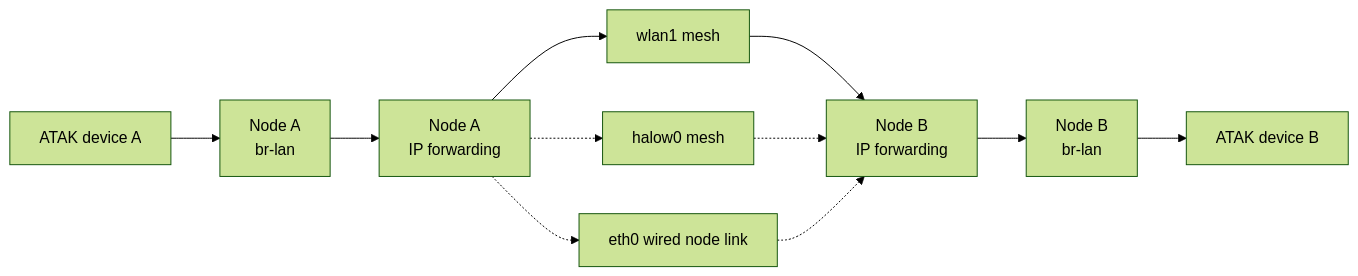
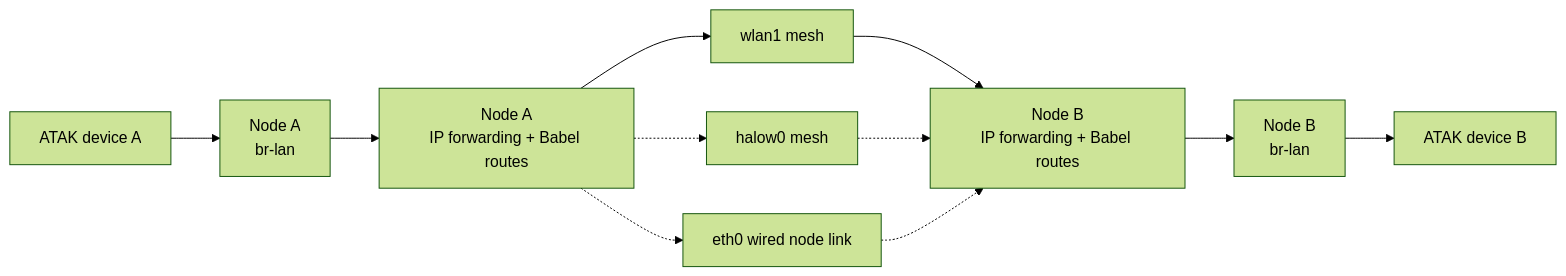
One commit to Natak-Mesh/V3_OS changed the third of 7 diagrams in docs/architecture.md. Above: the diagram before and after it, drawn with Mermaid (forest theme).

Commit message:
docs: clarify Babel in unicast diagram

````diff
--- a/docs/architecture.md
+++ b/docs/architecture.md
@@ -102,13 +102,13 @@
 ```mermaid
 flowchart LR
     a["ATAK device A"] --> lana["Node A<br/>br-lan"]
-    lana --> routea["Node A<br/>IP forwarding"]
+    lana --> routea["Node A<br/>IP forwarding + Babel routes"]
     routea --> wifi["wlan1 mesh"]
     routea -.-> halow["halow0 mesh"]
     routea -.-> wire["eth0 wired node link"]
-    wifi --> routeb["Node B<br/>IP forwarding"]
+    wifi --> routeb["Node B<br/>IP forwarding + Babel routes"]
     halow -.-> routeb
     wire -.-> routeb
     routeb --> lanb["Node B<br/>br-lan"]
     lanb --> b["ATAK device B"]
 ```
````
